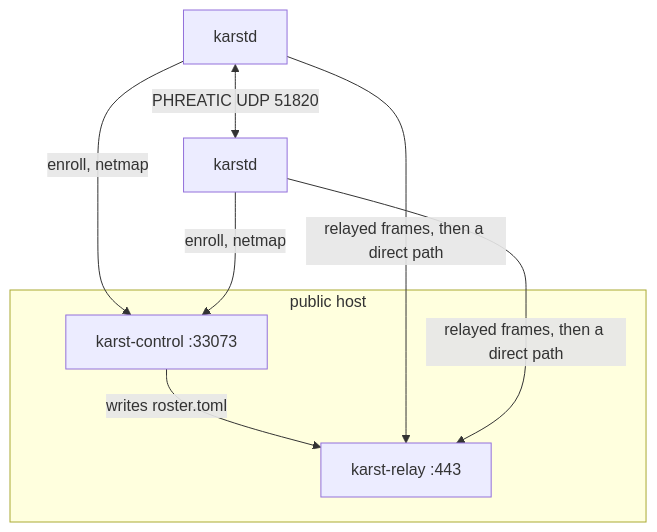
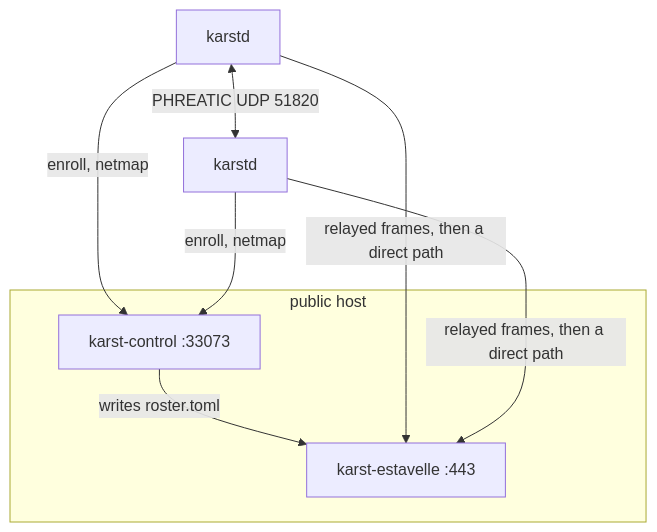
Before and after one commit to karst-net/karst: the diagram in docs/GETTING-STARTED.md, drawn with Mermaid. The commit also changed other lines of this file and 474 other files, not shown here.

First line of the commit message:
Rename AVEN/Relay/Gateway to Resurgence/Estavelle/Aven (ADR-0069) (#557)

````diff
--- a/docs/GETTING-STARTED.md
+++ b/docs/GETTING-STARTED.md
@@ -50,13 +50,13 @@
 ```mermaid walkthrough=none reason="diagram"
 flowchart TB
     subgraph Host[public host]
         Control["karst-control :33073"]
-        Relay["karst-relay :443"]
-        Control -->|writes roster.toml| Relay
+        Estavelle["karst-estavelle :443"]
+        Control -->|writes roster.toml| Estavelle
     end
     NodeA[karstd] -->|enroll, netmap| Control
     NodeB[karstd] -->|enroll, netmap| Control
-    NodeA -->|relayed frames, then a direct path| Relay
-    NodeB -->|relayed frames, then a direct path| Relay
+    NodeA -->|relayed frames, then a direct path| Estavelle
+    NodeB -->|relayed frames, then a direct path| Estavelle
     NodeA <-->|PHREATIC UDP 51820| NodeB
 ```
````
